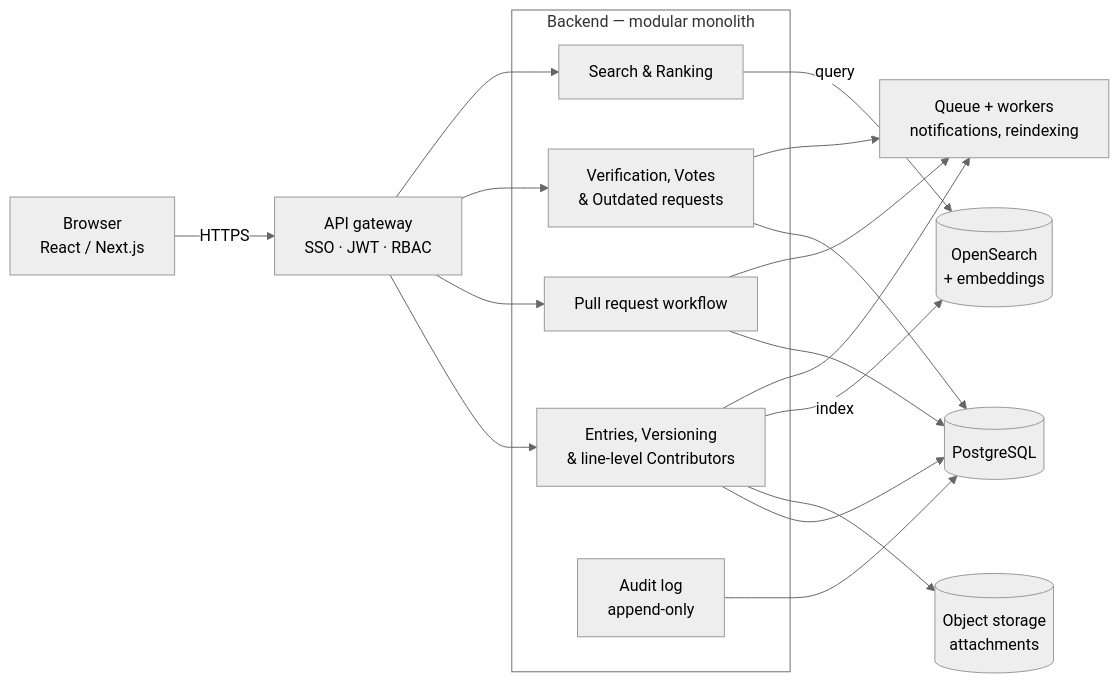
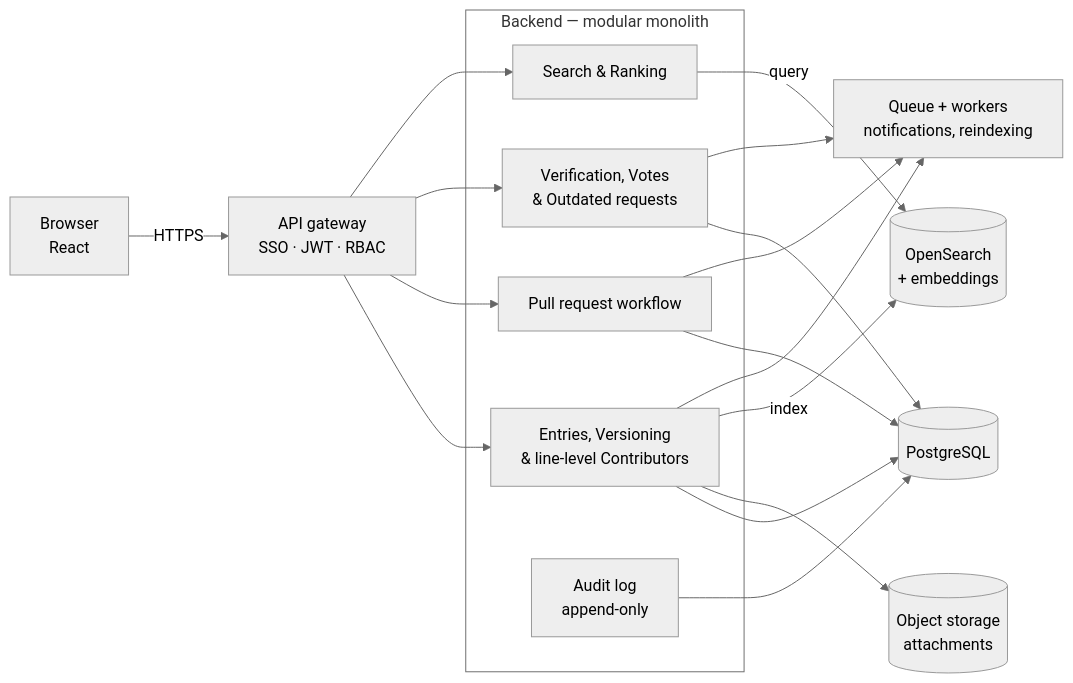
The third of 3 diagrams in README.md (EgorKorsunskiy/-sdworx--trusted-knowledge-base), drawn with Mermaid before and after one commit. The commit also changed other lines of this file, not shown here.

````diff
--- a/README.md
+++ b/README.md
@@ -86,18 +151,18 @@
 ```mermaid
 %%{init: {"theme": "neutral", "themeVariables": {"clusterBkg": "transparent", "noteBkgColor": "#f4f4f4", "noteBorderColor": "#999999", "noteTextColor": "#333333"}}}%%
 flowchart LR
-    FE[Browser<br/>React / Next.js] -->|HTTPS| GW[API gateway<br/>SSO · JWT · RBAC]
+    FE[Browser<br/>React] -->|HTTPS| GW[API gateway<br/>SSO · JWT · RBAC]
     subgraph BE[Backend — modular monolith]
         EV[Entries, Versioning<br/>& line-level Contributors]
         PRW[Pull request workflow]
         VR[Verification, Votes<br/>& Outdated requests]
         SR[Search & Ranking]
         AL[Audit log<br/>append-only]
     end
     GW --> EV & PRW & VR & SR
     EV & PRW & VR & AL --> PG[(PostgreSQL)]
     EV --> OBJ[(Object storage<br/>attachments)]
     EV -->|index| OS[(OpenSearch<br/>+ embeddings)]
     SR -->|query| OS
     EV & PRW & VR --> Q[Queue + workers<br/>notifications, reindexing]
 ```
````
